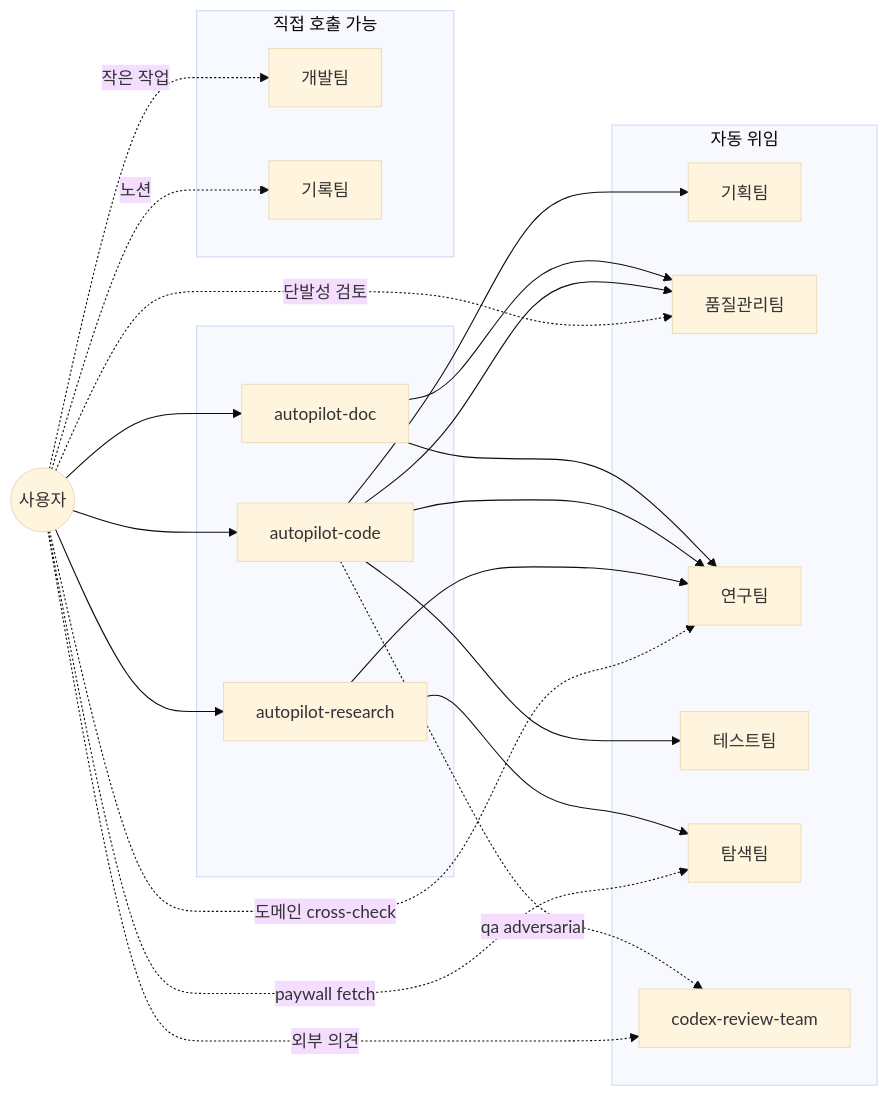
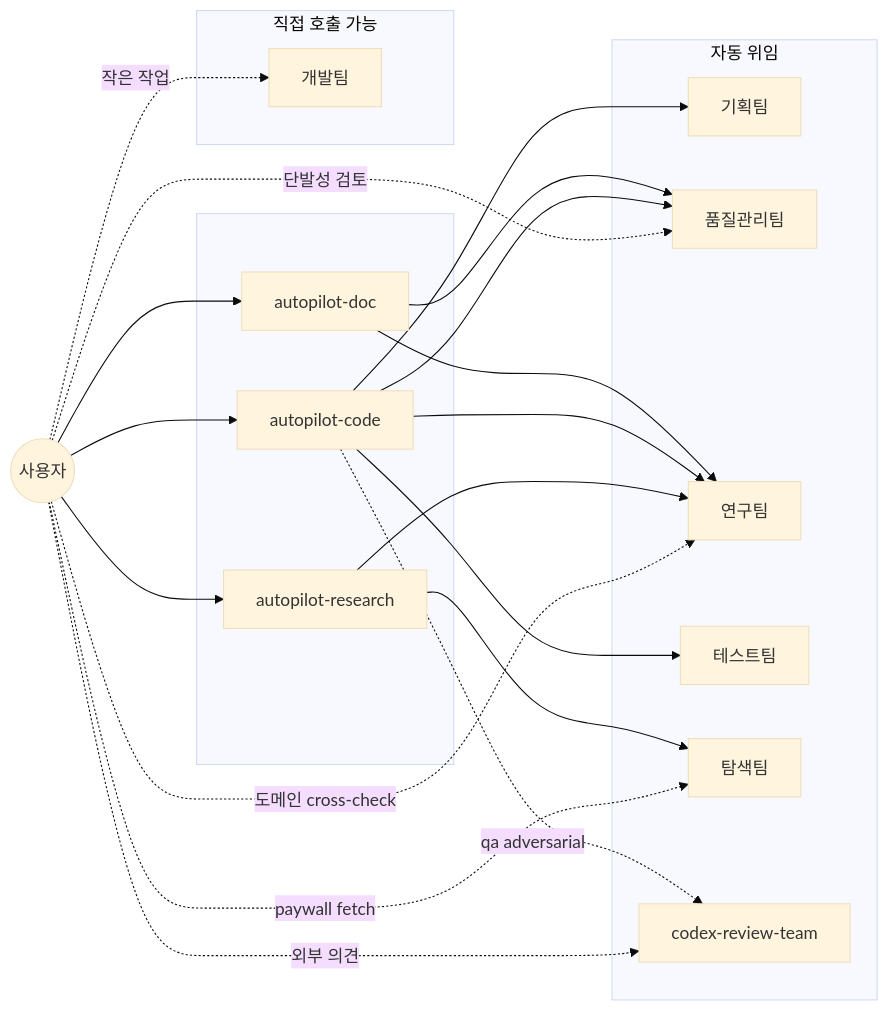
One commit to dmlguq456/claude_setting changed the second of 2 diagrams in README.md. Above: the diagram before and after it, drawn with Mermaid (base theme). The commit also changed other lines of this file and 5 other files, not shown here.

````diff
--- a/README.md
+++ b/README.md
@@ -140,39 +142,37 @@
 ```mermaid
 flowchart LR
     USER(("사용자"))
     subgraph SKILLS[" "]
         ARES["autopilot-research"]
         ACODE["autopilot-code"]
         ADOC["autopilot-doc"]
     end
     subgraph AUTO["자동 위임"]
         PT["기획팀"]
         QT["품질관리팀"]
         RT["연구팀"]
         TT["테스트팀"]
         BT["탐색팀"]
         CRT["codex-review-team"]
     end
     subgraph DIRECT["직접 호출 가능"]
         DT["개발팀"]
-        REC["기록팀"]
     end
     USER --> ARES
     USER --> ACODE
     USER --> ADOC
     USER -. 작은 작업 .-> DT
-    USER -. 노션 .-> REC
     USER -. 단발성 검토 .-> QT
     USER -. 도메인 cross-check .-> RT
     USER -. 외부 의견 .-> CRT
     USER -. paywall fetch .-> BT
     ARES --> RT
     ARES --> BT
     ACODE --> PT
     ACODE --> QT
     ACODE --> RT
     ACODE --> TT
     ACODE -. qa adversarial .-> CRT
     ADOC --> RT
     ADOC --> QT
 ```
````
